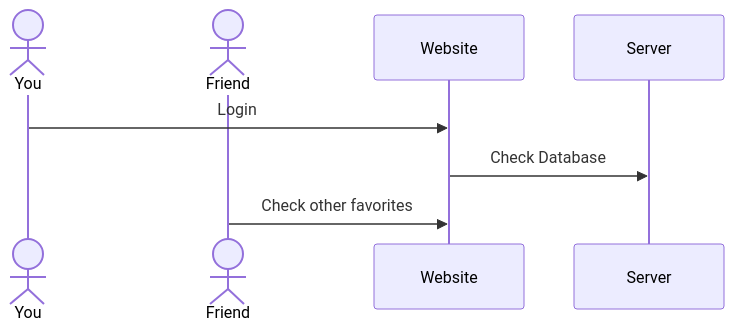
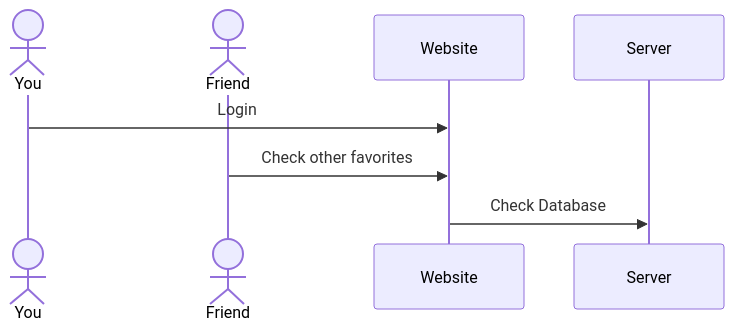
Before and after one commit to anthonyphasay/startup: the diagram in README.md, drawn with Mermaid.

Commit message:
fixed design again, changed direction

````diff
--- a/README.md
+++ b/README.md
@@ -26,10 +26,11 @@
 ```mermaid
 sequenceDiagram
     actor You
     actor Friend
     participant Website
     participant Server
     You->>Website: Login
+    Friend->>Website: Check other favorites
     Website->>Server: Check Database
-    Friend->>Website: Check other favorites
+    
 ```
````
